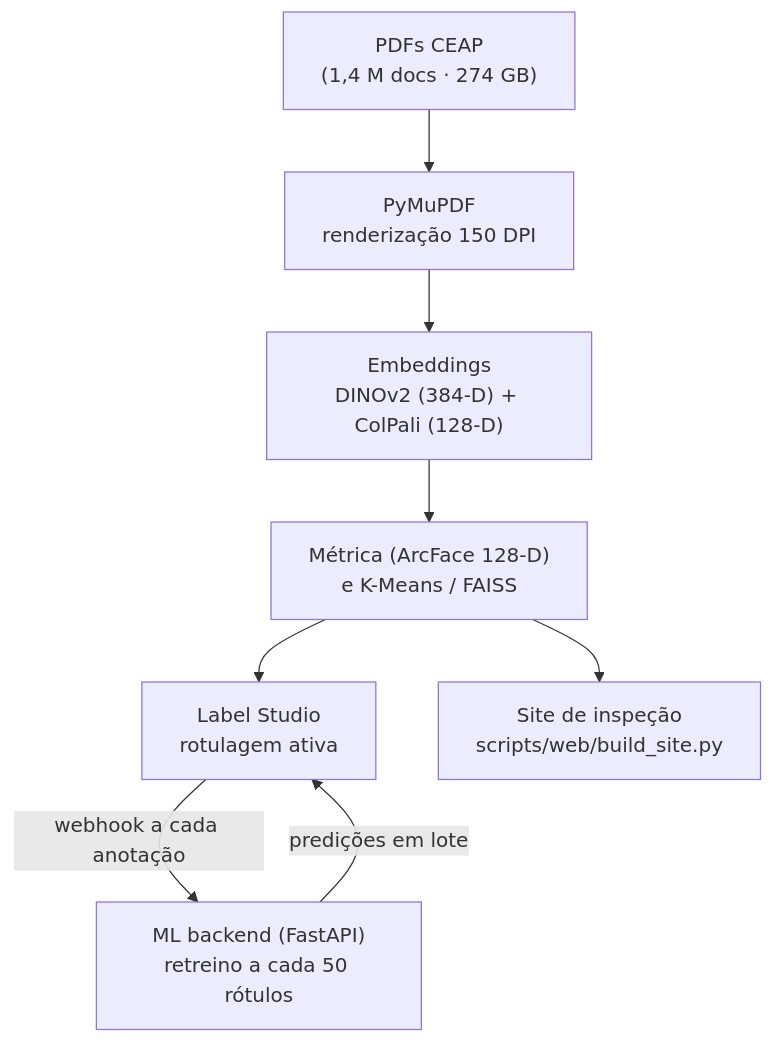
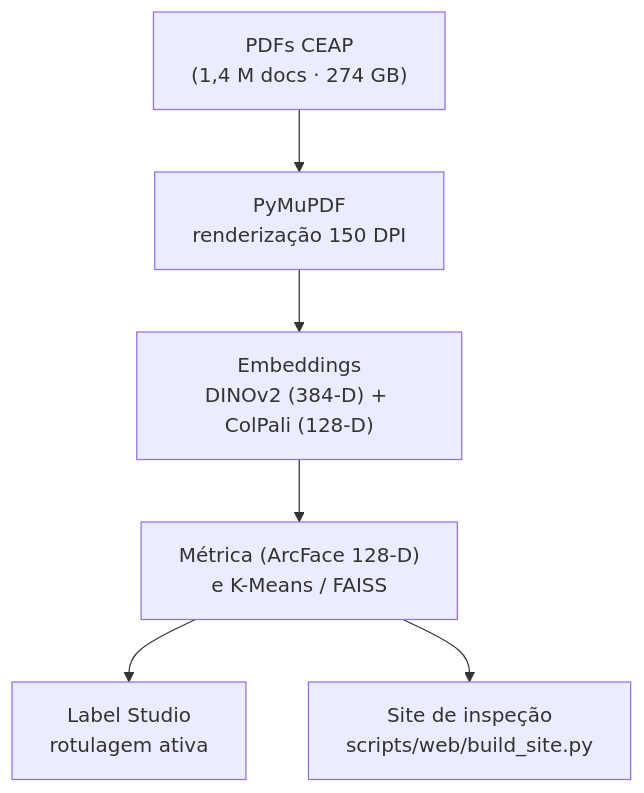
One commit to lucasdocunha/masters changed the diagram in README.md. Above: the diagram before and after it, drawn with Mermaid. The commit also changed other lines of this file and 67 other files, not shown here.

````diff
--- a/README.md
+++ b/README.md
@@ -128,10 +126,8 @@
 ```mermaid
 flowchart TD
     A["PDFs CEAP<br>(1,4 M docs · 274 GB)"] --> B["PyMuPDF<br>renderização 150 DPI"]
     B --> C["Embeddings<br>DINOv2 (384-D) + ColPali (128-D)"]
     C --> D["Métrica (ArcFace 128-D)<br>e K-Means / FAISS"]
     D --> E["Label Studio<br>rotulagem ativa"]
-    E -- "webhook a cada anotação" --> F["ML backend (FastAPI)<br>retreino a cada 50 rótulos"]
-    F -- "predições em lote" --> E
     D --> G["Site de inspeção<br>scripts/web/build_site.py"]
 ```
````
